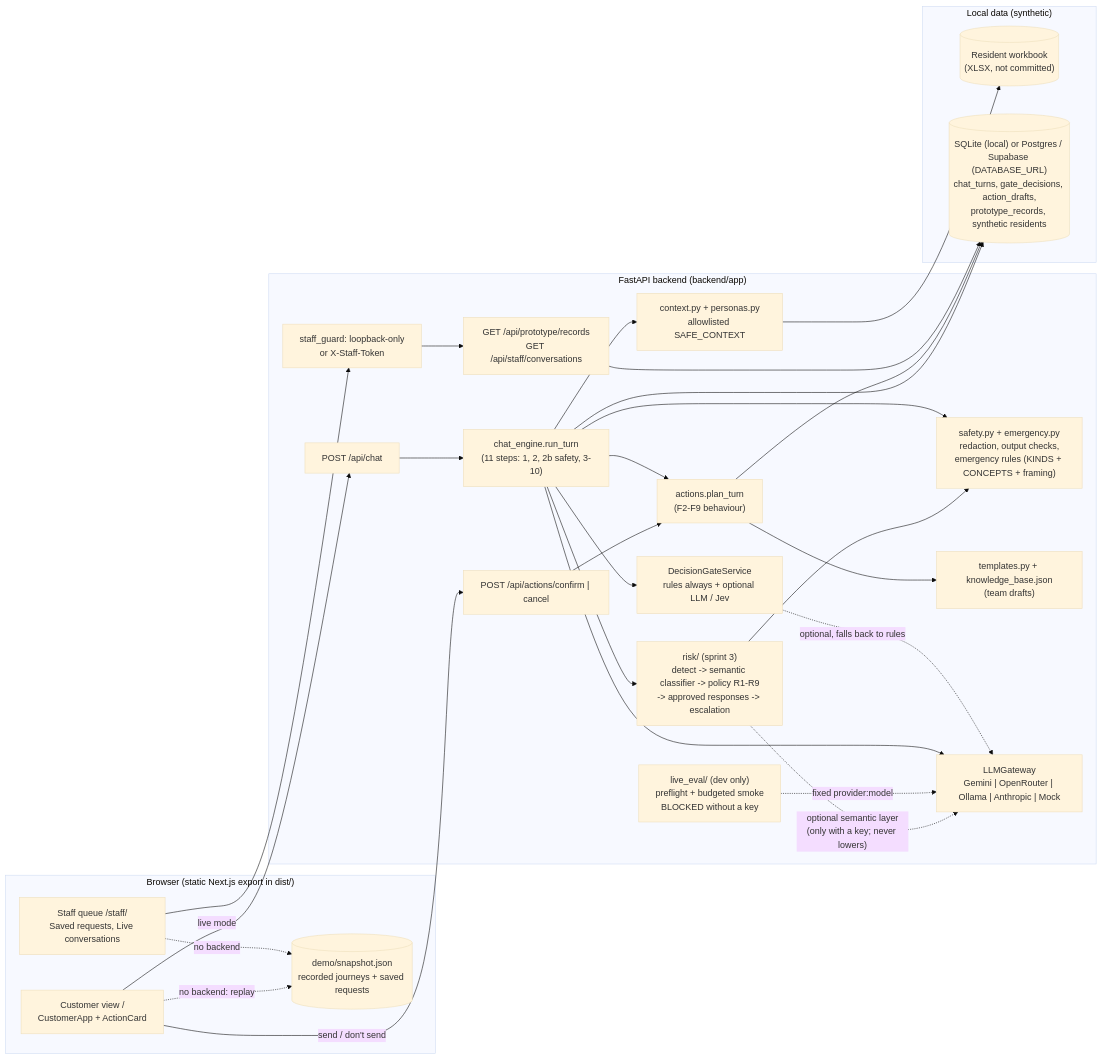
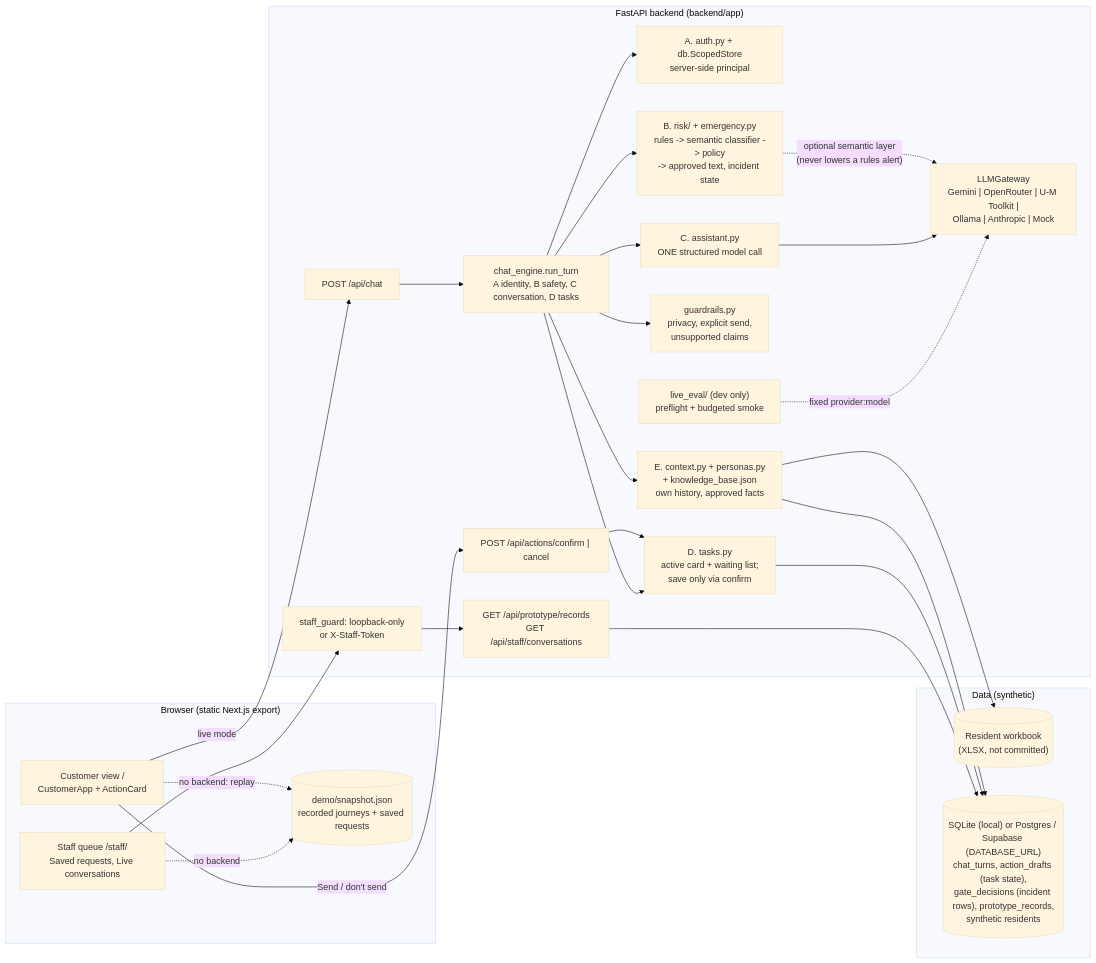
The first of 3 diagrams in docs/diagrams/system-architecture.md (Ross-Business-Tech/McKinley-Project-1), drawn with Mermaid (base theme) before and after one commit. The commit also changed other lines of this file and 29 other files, not shown here.

````diff
--- a/docs/diagrams/system-architecture.md
+++ b/docs/diagrams/system-architecture.md
@@ -5,53 +5,51 @@
 ```mermaid
 flowchart LR
-  subgraph Browser["Browser (static Next.js export in dist/)"]
+  subgraph Browser["Browser (static Next.js export)"]
     CV["Customer view /<br/>CustomerApp + ActionCard"]
     SC["Staff queue /staff/<br/>Saved requests, Live conversations"]
     SNAP[("demo/snapshot.json<br/>recorded journeys + saved requests")]
   end
 
   subgraph API["FastAPI backend (backend/app)"]
     CHAT["POST /api/chat"]
     ACT["POST /api/actions/confirm | cancel"]
     REC["GET /api/prototype/records<br/>GET /api/staff/conversations"]
     GUARD["staff_guard: loopback-only<br/>or X-Staff-Token"]
-    ENG["chat_engine.run_turn<br/>(11 steps: 1, 2, 2b safety, 3-10)"]
-    PLAN["actions.plan_turn<br/>(F2-F9 behaviour)"]
-    GATE["DecisionGateService<br/>rules always + optional LLM / Jev"]
-    SAFE["safety.py + emergency.py<br/>redaction, output checks,<br/>emergency rules (KINDS + CONCEPTS + framing)"]
-    RISK["risk/ (sprint 3)<br/>detect -> semantic classifier -> policy R1-R9<br/>-> approved responses -> escalation"]
-    LIVE["live_eval/ (dev only)<br/>preflight + budgeted smoke<br/>BLOCKED without a key"]
-    CTX["context.py + personas.py<br/>allowlisted SAFE_CONTEXT"]
-    TPL["templates.py + knowledge_base.json<br/>(team drafts)"]
-    LLM["LLMGateway<br/>Gemini | OpenRouter | Ollama | Anthropic | Mock"]
+    ENG["chat_engine.run_turn<br/>A identity, B safety, C conversation, D tasks"]
+    AUTH["A. auth.py + db.ScopedStore<br/>server-side principal"]
+    RISK["B. risk/ + emergency.py<br/>rules -> semantic classifier -> policy<br/>-> approved text, incident state"]
+    ASSIST["C. assistant.py<br/>ONE structured model call"]
+    GR["guardrails.py<br/>privacy, explicit send,<br/>unsupported claims"]
+    TASKS["D. tasks.py<br/>active card + waiting list;<br/>save only via confirm"]
+    TOOLS["E. context.py + personas.py<br/>+ knowledge_base.json<br/>own history, approved facts"]
+    LIVE["live_eval/ (dev only)<br/>preflight + budgeted smoke"]
+    LLM["LLMGateway<br/>Gemini | OpenRouter | U-M Toolkit |<br/>Ollama | Anthropic | Mock"]
   end
 
-  subgraph Data["Local data (synthetic)"]
+  subgraph Data["Data (synthetic)"]
     XLSX[("Resident workbook<br/>(XLSX, not committed)")]
-    DB[("SQLite (local) or Postgres / Supabase (DATABASE_URL)<br/>chat_turns, gate_decisions, action_drafts,<br/>prototype_records, synthetic residents")]
+    DB[("SQLite (local) or Postgres / Supabase (DATABASE_URL)<br/>chat_turns, action_drafts (task state),<br/>gate_decisions (incident rows), prototype_records,<br/>synthetic residents")]
   end
 
   CV -- "live mode" --> CHAT
-  CV -- "send / don't send" --> ACT
+  CV -- "Send / don't send" --> ACT
   CV -. "no backend: replay" .-> SNAP
   SC --> GUARD
   GUARD --> REC
   SC -. "no backend" .-> SNAP
   CHAT --> ENG
-  ACT --> PLAN
+  ACT --> TASKS
+  ENG --> AUTH
   ENG --> RISK
-  RISK --> SAFE
-  RISK -. "optional semantic layer<br/>(only with a key; never lowers)" .-> LLM
+  RISK -. "optional semantic layer<br/>(never lowers a rules alert)" .-> LLM
+  ENG --> GR
+  ENG --> ASSIST
+  ASSIST --> LLM
+  ENG --> TASKS
+  ENG --> TOOLS
   LIVE -. "fixed provider:model" .-> LLM
-  ENG --> SAFE
-  ENG --> CTX
-  ENG --> GATE
-  ENG --> PLAN
-  PLAN --> TPL
-  ENG --> LLM
-  GATE -. "optional, falls back to rules" .-> LLM
-  CTX --> XLSX
-  ENG --> DB
-  PLAN --> DB
+  TOOLS --> XLSX
+  TOOLS --> DB
+  TASKS --> DB
   REC --> DB
 ```
````
